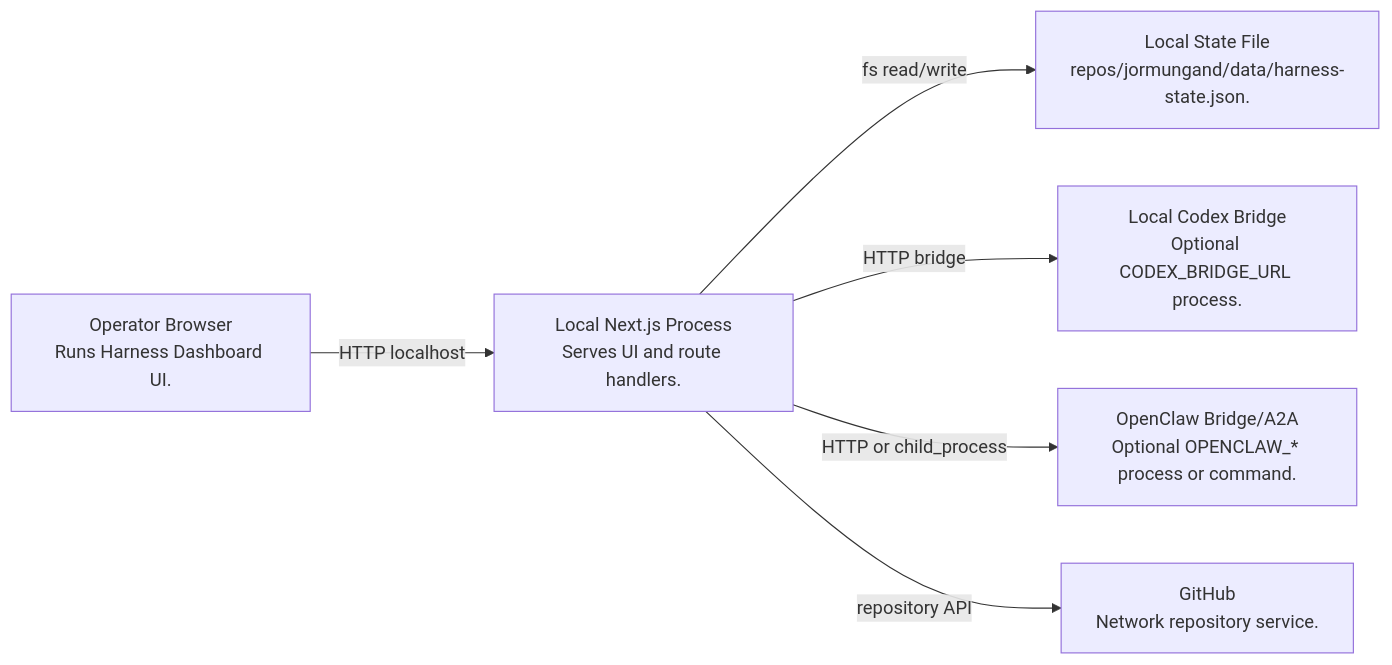
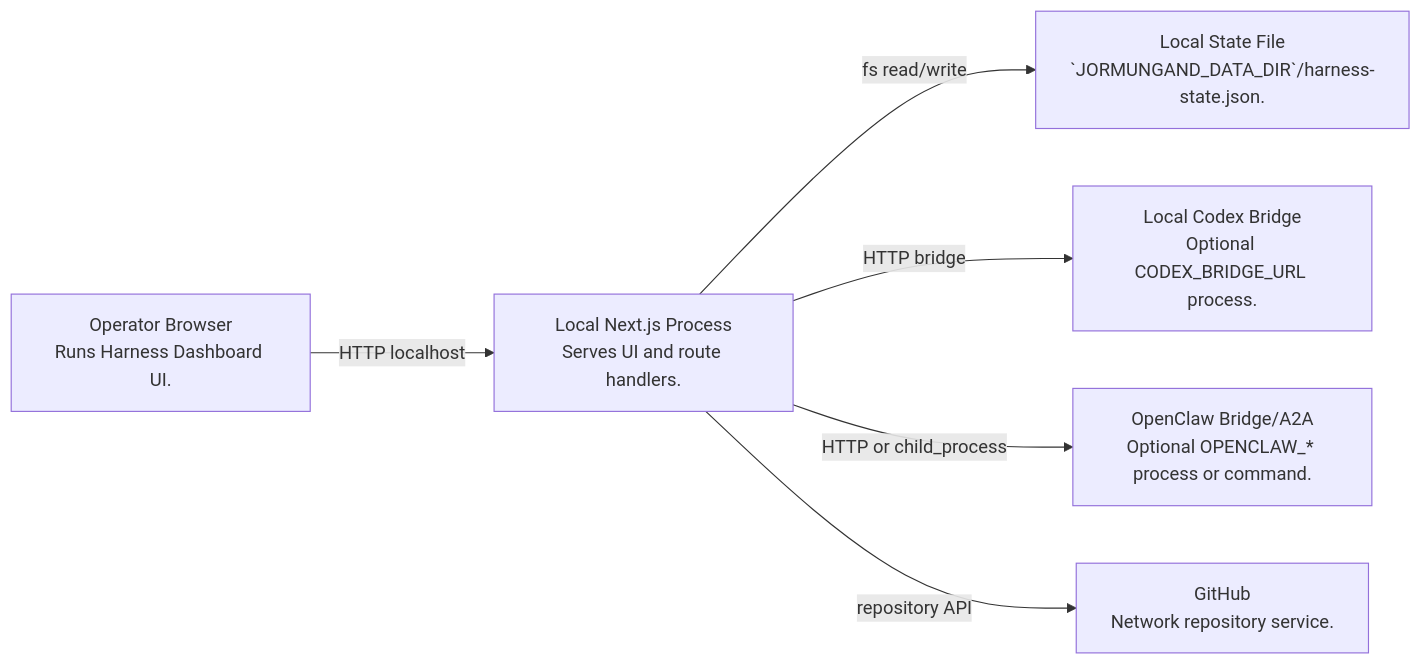
One commit to linderwu/harness-framework changed the diagram in wiki/c4/diagrams/deployment-local.mmd. Above: the diagram before and after it, drawn with Mermaid. The commit also changed 23 other files, not shown here.

```diff
--- a/wiki/c4/diagrams/deployment-local.mmd
+++ b/wiki/c4/diagrams/deployment-local.mmd
@@ -1,13 +1,13 @@
 flowchart LR
   %% Deployment: Local Runtime
   browser["Operator Browser<br/>Runs Harness Dashboard UI."]
   next["Local Next.js Process<br/>Serves UI and route handlers."]
-  json["Local State File<br/>repos/jormungand/data/harness-state.json."]
+  json["Local State File<br/>`JORMUNGAND_DATA_DIR`/harness-state.json."]
   codex["Local Codex Bridge<br/>Optional CODEX_BRIDGE_URL process."]
   openclaw["OpenClaw Bridge/A2A<br/>Optional OPENCLAW_* process or command."]
   github["GitHub<br/>Network repository service."]
   browser -->|"HTTP localhost"| next
   next -->|"fs read/write"| json
   next -->|"HTTP bridge"| codex
   next -->|"HTTP or child_process"| openclaw
   next -->|"repository API"| github
```
